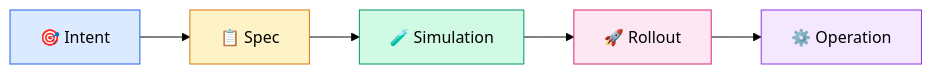
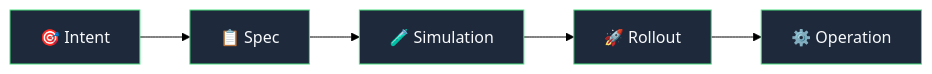
Before and after one commit to KombiverseLabs/docs: the first of 2 diagrams in introduction.mdx, drawn with Mermaid (forest theme). The commit also changed other lines of this file and 33 other files, not shown here.

````diff
--- a/introduction.mdx
+++ b/introduction.mdx
@@ -23,13 +23,13 @@
 ```mermaid
 flowchart LR
     Intent["🎯 Intent"] --> Spec["📋 Spec"]
     Spec --> Sim["🧪 Simulation"]
     Sim --> Deploy["🚀 Rollout"]
     Deploy --> Ops["⚙️ Operation"]
     
-    style Intent fill:#dbeafe,stroke:#2563eb
-    style Spec fill:#fef3c7,stroke:#d97706
-    style Sim fill:#d1fae5,stroke:#059669
-    style Deploy fill:#fce7f3,stroke:#db2777
-    style Ops fill:#f3e8ff,stroke:#9333ea
+    style Intent fill:#1e293b,stroke:#4ade80,color:#f8fafc
+    style Spec fill:#1e293b,stroke:#4ade80,color:#f8fafc
+    style Sim fill:#1e293b,stroke:#4ade80,color:#f8fafc
+    style Deploy fill:#1e293b,stroke:#4ade80,color:#f8fafc
+    style Ops fill:#1e293b,stroke:#4ade80,color:#f8fafc
 ```
````
